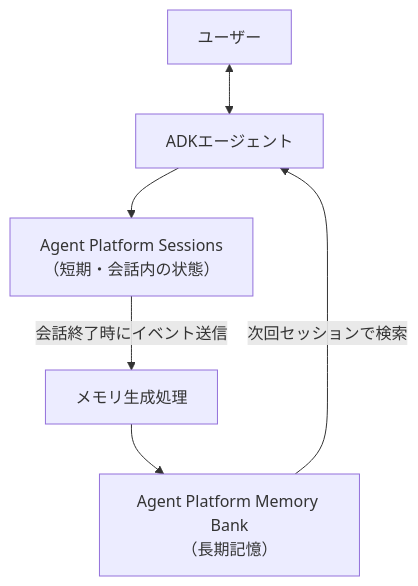
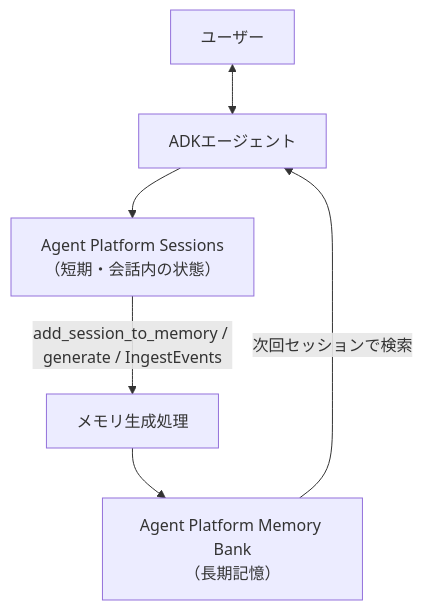
The ninth of 21 diagrams in Professional-agentic-architect-guide.md (myoshi2891/Cloud-Infrastructure-Studies), drawn with Mermaid before and after one commit. The commit also changed other lines of this file and 2 other files, not shown here.

Commit message:
docs: update Computer Networks and Professional Agentic Architect study guides

````diff
--- a/Professional-agentic-architect-guide.md
+++ b/Professional-agentic-architect-guide.md
@@ -325,8 +325,8 @@
 ```mermaid
 flowchart TB
     User["ユーザー"] <--> Agent["ADKエージェント"]
     Agent --> Session["Agent Platform Sessions<br/>（短期・会話内の状態）"]
-    Session -->|会話終了時にイベント送信| MemGen["メモリ生成処理"]
+    Session -->|"add_session_to_memory / generate / IngestEvents"| MemGen["メモリ生成処理"]
     MemGen --> MemoryBank["Agent Platform Memory Bank<br/>（長期記憶）"]
     MemoryBank -->|次回セッションで検索| Agent
 ```
````
